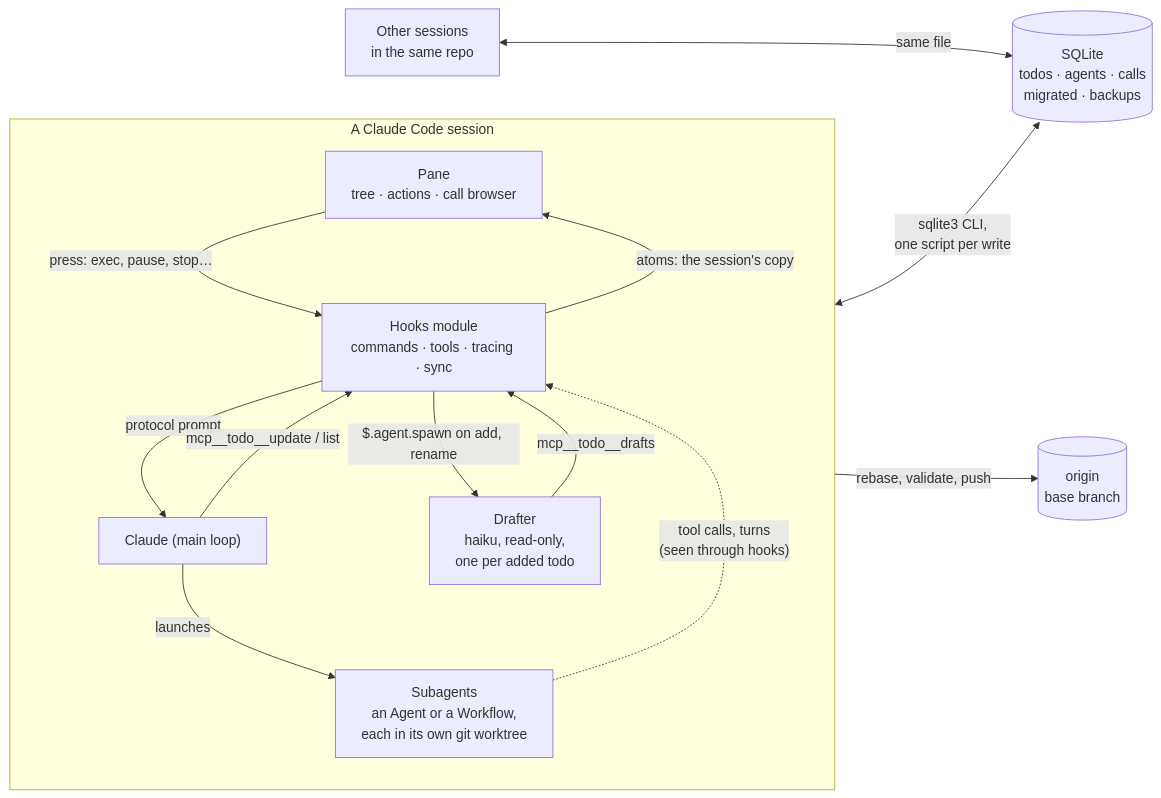
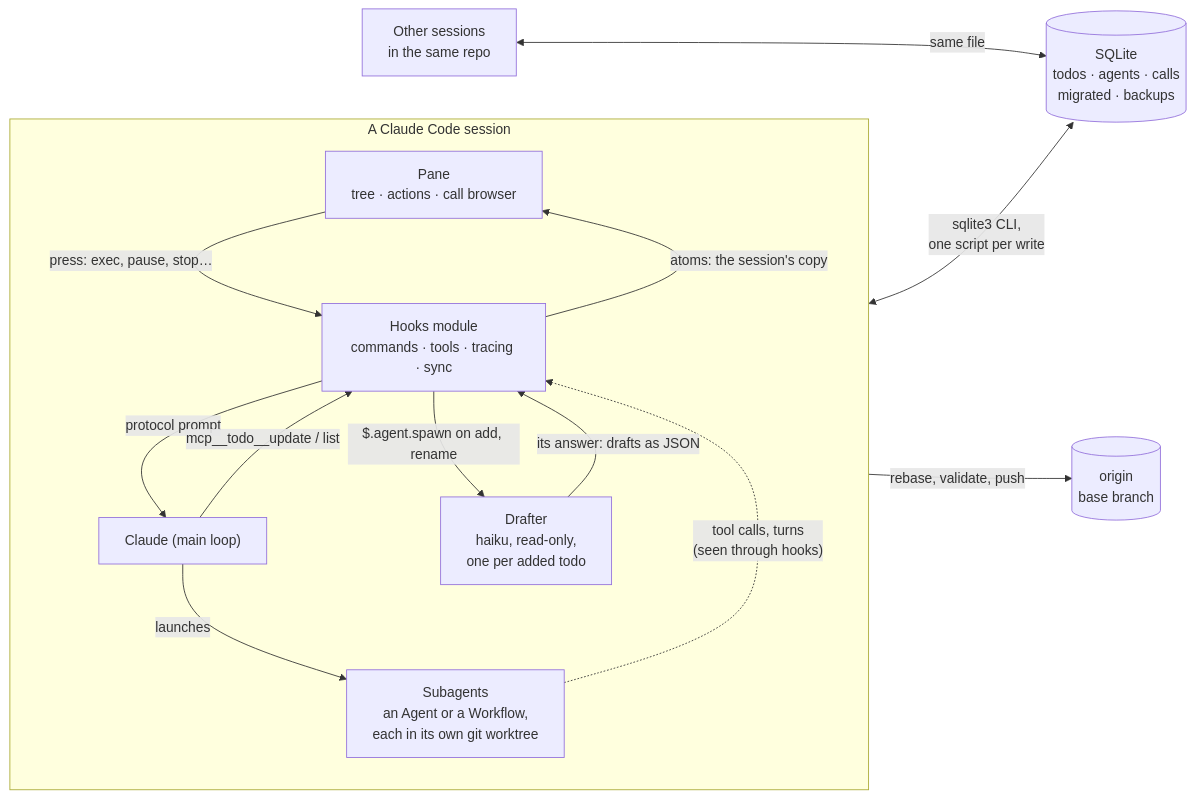
One commit to declanshanaghy/claude-todo changed the first of 6 diagrams in docs/architecture.md. Above: the diagram before and after it, drawn with Mermaid. The commit also changed other lines of this file and 5 other files, not shown here.

First line of the commit message:
drafts: read the drafter's drafts from its answer, not a tool call

````diff
--- a/docs/architecture.md
+++ b/docs/architecture.md
@@ -7,25 +7,25 @@
 ```mermaid
 flowchart LR
   subgraph S["A Claude Code session"]
     direction TB
     P["Pane<br/>tree · actions · call browser"]
     H["Hooks module<br/>commands · tools · tracing · sync"]
     M["Claude (main loop)"]
     A["Subagents<br/>an Agent or a Workflow,<br/>each in its own git worktree"]
     D["Drafter<br/>haiku, read-only,<br/>one per added todo"]
     P -- "press: exec, pause, stop…" --> H
     H -- "protocol prompt" --> M
     M -- "mcp__todo__update / list" --> H
     M -- "launches" --> A
     A -. "tool calls, turns<br/>(seen through hooks)" .-> H
     H -- "atoms: the session's copy" --> P
     H -- "$.agent.spawn on add, rename" --> D
-    D -- "mcp__todo__drafts" --> H
+    D -- "its answer: drafts as JSON" --> H
   end
   S2["Other sessions<br/>in the same repo"]
   DB[("SQLite<br/>todos · agents · calls<br/>migrated · backups")]
   G[("origin<br/>base branch")]
   H <-- "sqlite3 CLI,<br/>one script per write" --> DB
   S2 <-- "same file" --> DB
   A -- "rebase, validate, push" --> G
 ```
````
